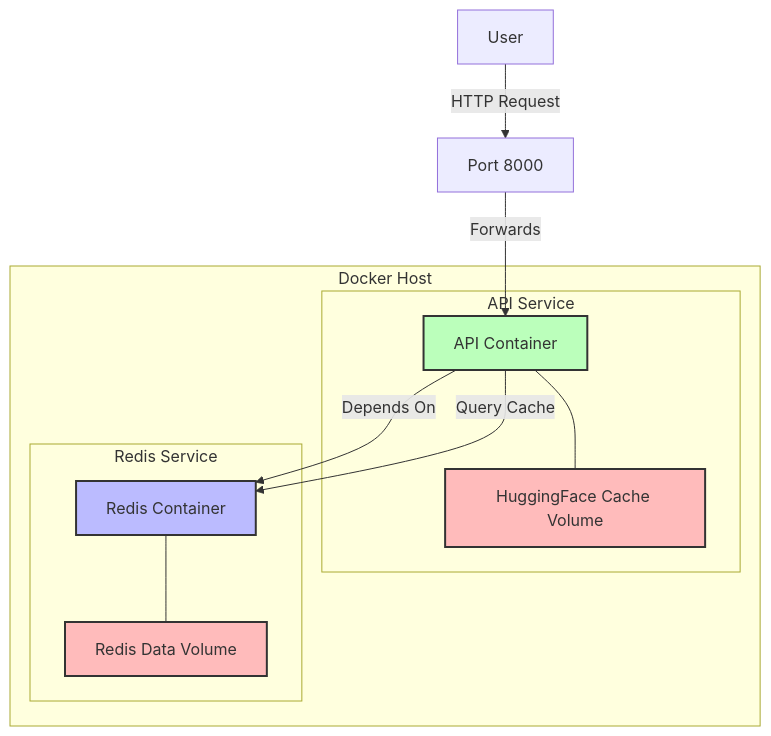
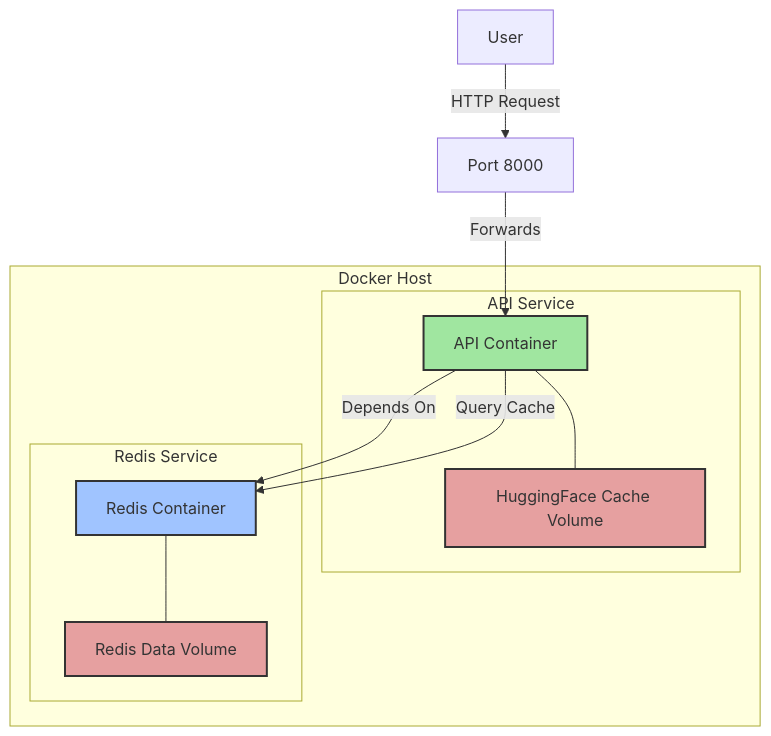
The fourth of 5 diagrams in An_LLM_Query_Understanding_Service/README.md (SoundMindsAI/ai_examples), drawn with Mermaid before and after one commit. The commit also changed other lines of this file, not shown here.

Commit message:
Add model comparison section and update diagrams with new color scheme

````diff
--- a/An_LLM_Query_Understanding_Service/README.md
+++ b/An_LLM_Query_Understanding_Service/README.md
@@ -153,27 +175,27 @@
 ```mermaid
 graph TB
     User[User] -->|HTTP Request| Port8000[Port 8000]
     Port8000 -->|Forwards| APIContainer[API Container]
     APIContainer -->|Depends On| RedisContainer[Redis Container]
     
     subgraph "Docker Host"
         subgraph "API Service"
             APIContainer
             Volume1[HuggingFace Cache Volume]
             APIContainer --- Volume1
         end
         
         subgraph "Redis Service"
             RedisContainer
             Volume2[Redis Data Volume]
             RedisContainer --- Volume2
         end
     end
     
     APIContainer -->|Query Cache| RedisContainer
     
-    style APIContainer fill:#bfb,stroke:#333,stroke-width:2px
-    style RedisContainer fill:#bbf,stroke:#333,stroke-width:2px
-    style Volume1 fill:#fbb,stroke:#333,stroke-width:2px
-    style Volume2 fill:#fbb,stroke:#333,stroke-width:2px
+    style APIContainer fill:#a0e6a0,stroke:#333,stroke-width:2px
+    style RedisContainer fill:#a0c4ff,stroke:#333,stroke-width:2px
+    style Volume1 fill:#e6a0a0,stroke:#333,stroke-width:2px
+    style Volume2 fill:#e6a0a0,stroke:#333,stroke-width:2px
 ```
````
